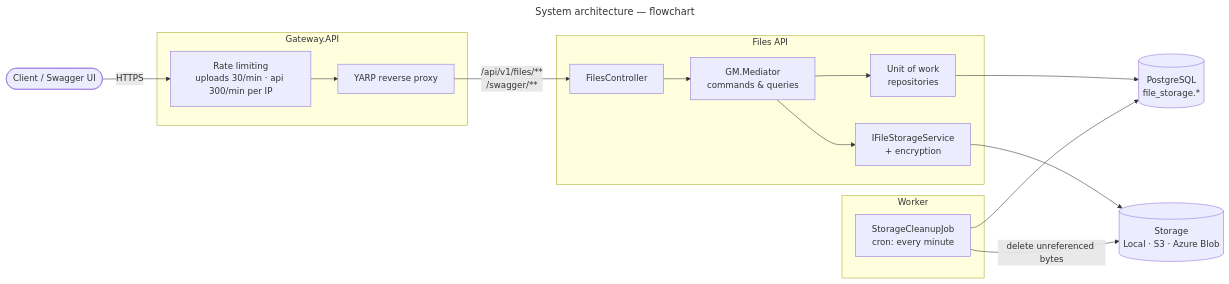
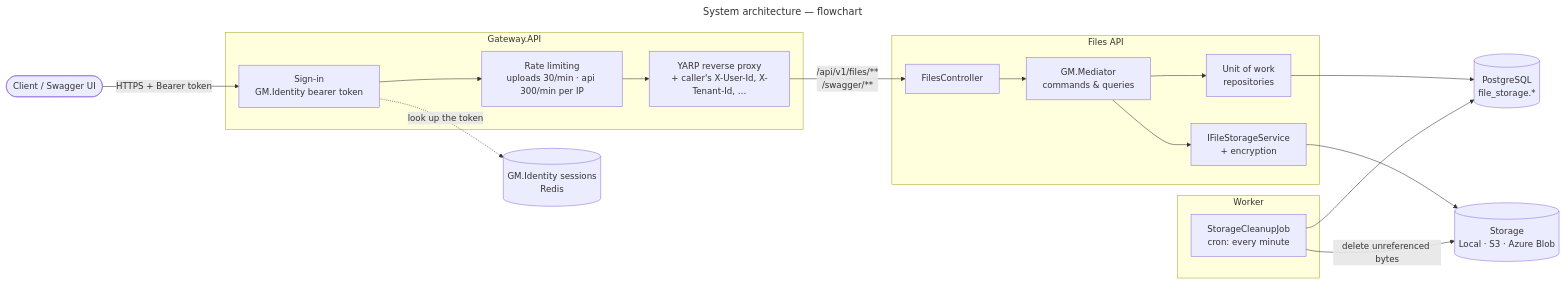
One commit to gmetskhvarishvili/GM.FileStorage.Samples changed the first of 3 diagrams in docs/architecture.md. Above: the diagram before and after it, drawn with Mermaid. The commit also changed other lines of this file and 33 other files, not shown here.

First line of the commit message:
feat!: sign in through GM.Identity at the gateway, and a file history of who opened what

````diff
--- a/docs/architecture.md
+++ b/docs/architecture.md
@@ -16,33 +16,37 @@
 ```mermaid
 ---
 title: System architecture — flowchart
 ---
 flowchart LR
     client([Client / Swagger UI])
 
     subgraph edge[Gateway.API]
+        auth[Sign-in<br/>GM.Identity bearer token]
         rl[Rate limiting<br/>uploads 30/min · api 300/min per IP]
-        proxy[YARP reverse proxy]
-        rl --> proxy
+        proxy[YARP reverse proxy<br/>+ caller's X-User-Id, X-Tenant-Id, …]
+        auth --> rl --> proxy
     end
+
+    sessions[(GM.Identity sessions<br/>Redis)]
 
     subgraph api[Files API]
         ctrl[FilesController] --> med[GM.Mediator<br/>commands & queries]
         med --> uow[Unit of work<br/>repositories]
         med --> fs[IFileStorageService<br/>+ encryption]
     end
 
     subgraph worker[Worker]
         job[StorageCleanupJob<br/>cron: every minute]
     end
 
     db[(PostgreSQL<br/>file_storage.*)]
     store[(Storage<br/>Local · S3 · Azure Blob)]
 
-    client -->|HTTPS| rl
+    client -->|HTTPS + Bearer token| auth
+    auth -.->|look up the token| sessions
     proxy -->|/api/v1/files/**<br/>/swagger/**| ctrl
     uow --> db
     fs --> store
     job --> db
     job -->|delete unreferenced bytes| store
 ```
````
